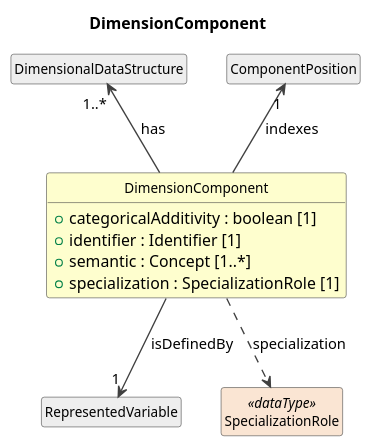
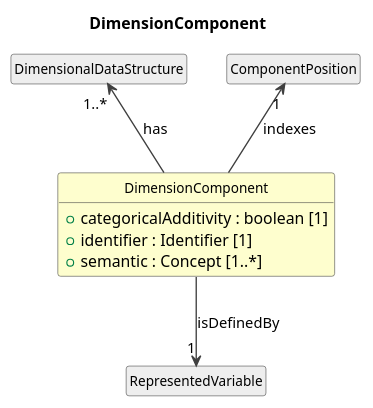
The diagram in build/field-level-documentation/CDIFDataStructure/Classes/DimensionComponent.pu (Cross-Domain-Interoperability-Framework/metadataBuildingBlocks), drawn with PlantUML before and after one commit. The commit also changed 151 other files, not shown here.

```diff
--- a/build/field-level-documentation/CDIFDataStructure/Classes/DimensionComponent.pu
+++ b/build/field-level-documentation/CDIFDataStructure/Classes/DimensionComponent.pu
@@ -1,28 +1,25 @@
 @startuml
 title DimensionComponent
 hide circle
 hide empty members
 skinparam shadowing false
 skinparam ArrowThickness 1.2
 skinparam class {
   ArrowColor #404040
   BorderColor #404040
   FontSize 12
 }
 
 class "DimensionComponent" as DimensionComponent #FEFECE {
   +categoricalAdditivity : boolean [1]
   +identifier : Identifier [1]
   +semantic : Concept [1..*]
-  +specialization : SpecializationRole [1]
 }
 class "DimensionalDataStructure" as DimensionalDataStructure #EEEEEE
 DimensionalDataStructure "1..*" <-- DimensionComponent : has
 class "RepresentedVariable" as RepresentedVariable #EEEEEE
 DimensionComponent --> "1" RepresentedVariable : isDefinedBy
 class "ComponentPosition" as ComponentPosition #EEEEEE
 ComponentPosition "1" <-- DimensionComponent : indexes
-class "SpecializationRole" as SpecializationRole <<dataType>> #FAE5D3
-DimensionComponent ..> SpecializationRole : specialization
 
 @enduml
```
